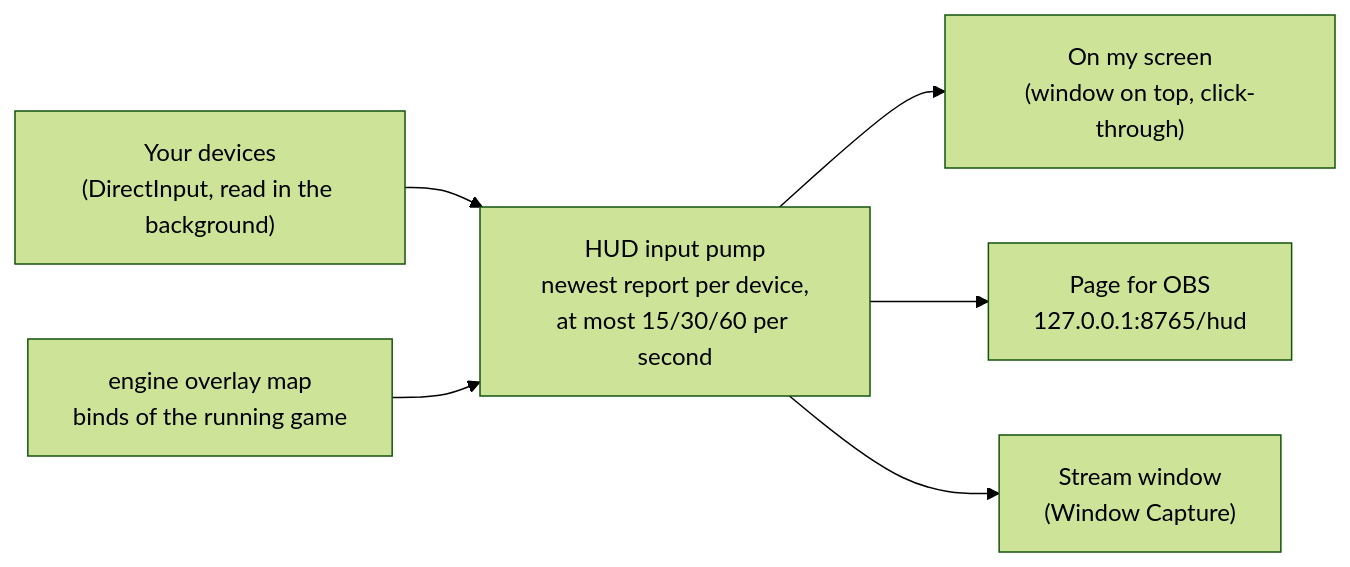
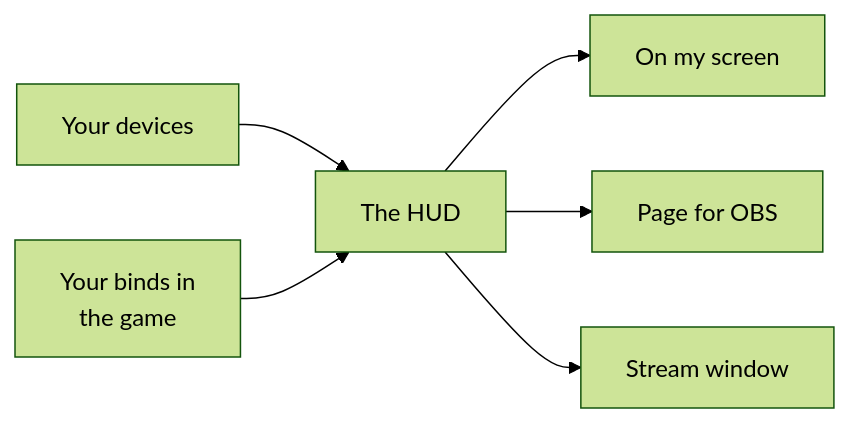
Before and after one commit to Holdi601/JoystickProfiler2: the diagram in website/content/gui/hud.md, drawn with Mermaid (forest theme). The commit also changed other lines of this file and 718 other files, not shown here.

````diff
--- a/website/content/gui/hud.md
+++ b/website/content/gui/hud.md
@@ -16,8 +16,9 @@
 ```mermaid
 flowchart LR
-  D["Your devices<br/>(DirectInput, read in the background)"] --> P["HUD input pump<br/>newest report per device,<br/>at most 15/30/60 per second"]
-  O["engine overlay map<br/>binds of the running game"] --> P
-  P --> S["On my screen<br/>(window on top, click-through)"]
-  P --> B["Page for OBS<br/>127.0.0.1:8765/hud"]
-  P --> W["Stream window<br/>(Window Capture)"]
+  D["Your devices"] --> P["The HUD"]
+  O["Your binds in<br/>the game"] --> P
+  P --> S["On my screen"]
+  P --> B["Page for OBS"]
+  P --> W["Stream window"]
+%% caption: The HUD reads your devices and your binds in the running game, and shows them in up to three places at once: on your screen over the game, on a page for OBS, and in a stream window.
 ```
````
